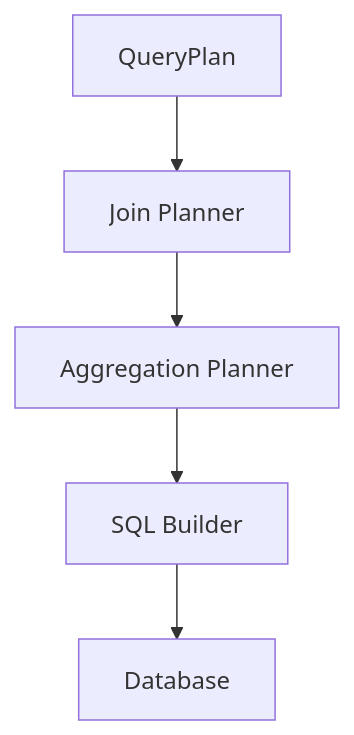
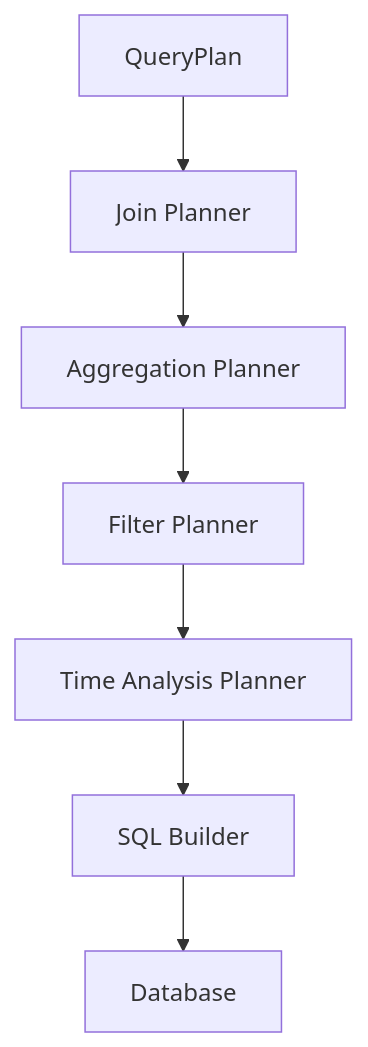
The ninth of 11 diagrams in SuperBulider_AI/wwwroot/Doc/SuperBuilder AI Native BI Phase开发计划.md (wenzhong0606-dev/SuperBuilder_AI), drawn with Mermaid before and after one commit. The commit also changed other lines of this file, not shown here.

````diff
--- a/SuperBulider_AI/wwwroot/Doc/SuperBuilder AI Native BI Phase开发计划.md
+++ b/SuperBulider_AI/wwwroot/Doc/SuperBuilder AI Native BI Phase开发计划.md
@@ -1555,28 +2208,29 @@
 ```mermaid
 flowchart TD
 
-
 A[QueryPlan]
-
 
 -->
 
 B[Join Planner]
 
-
 -->
 
 C[Aggregation Planner]
 
+-->
+
+D[Filter Planner]
 
 -->
 
-D[SQL Builder]
-
+E[Time Analysis Planner]
 
 -->
 
-E[Database]
+F[SQL Builder]
 
+-->
 
+G[Database]
 ```
````
